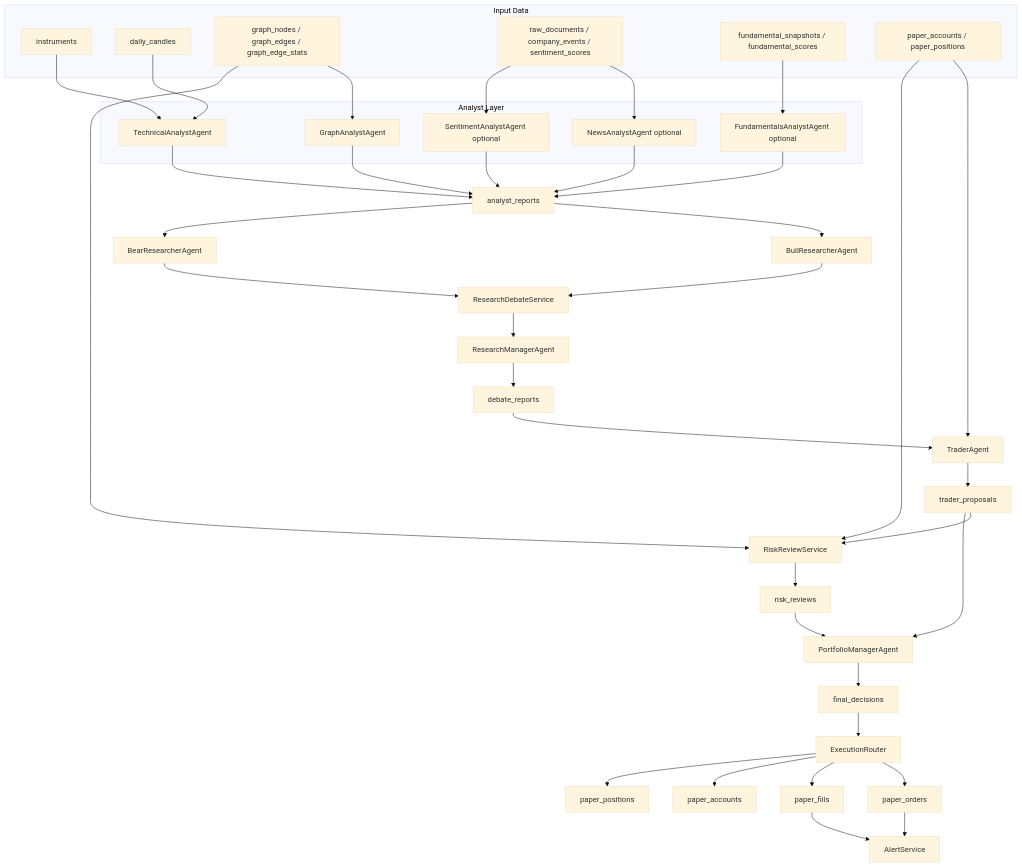
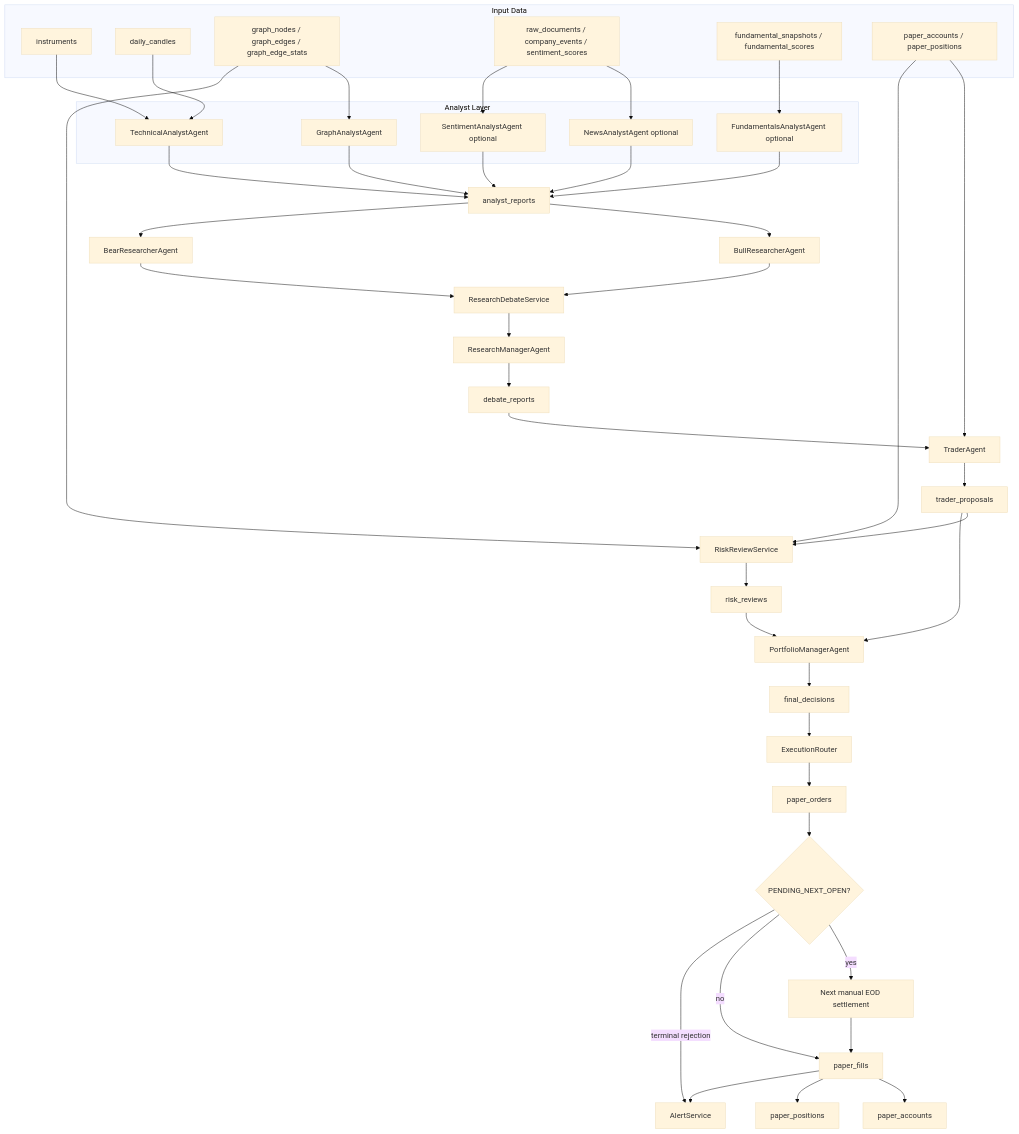
The second of 6 diagrams in docs/TAURUS_AGENT_ARCHITECTURE.md (adnaan1703/TaurusAgent), drawn with Mermaid (base theme) before and after one commit. The commit also changed other lines of this file and 20 other files, not shown here.

Commit message:
Add M49 next-open operator polish

````diff
--- a/docs/TAURUS_AGENT_ARCHITECTURE.md
+++ b/docs/TAURUS_AGENT_ARCHITECTURE.md
@@ -62,61 +63,64 @@
 ```mermaid
 flowchart TD
     subgraph Inputs[Input Data]
         Instruments[instruments]
         Candles[daily_candles]
         GraphTables[graph_nodes / graph_edges / graph_edge_stats]
         Docs[raw_documents / company_events / sentiment_scores]
         Fundamentals[fundamental_snapshots / fundamental_scores]
         PortfolioState[paper_accounts / paper_positions]
     end
 
     subgraph Analysts[Analyst Layer]
         Tech[TechnicalAnalystAgent]
         Graph[GraphAnalystAgent]
         News[NewsAnalystAgent optional]
         Sentiment[SentimentAnalystAgent optional]
         Fundamental[FundamentalsAnalystAgent optional]
     end
 
     Instruments --> Tech
     Candles --> Tech
     GraphTables --> Graph
     Docs --> News
     Docs --> Sentiment
     Fundamentals --> Fundamental
 
     Tech --> AnalystReports[analyst_reports]
     Graph --> AnalystReports
     News --> AnalystReports
     Sentiment --> AnalystReports
     Fundamental --> AnalystReports
 
     AnalystReports --> Bull[BullResearcherAgent]
     AnalystReports --> Bear[BearResearcherAgent]
     Bull --> Debate[ResearchDebateService]
     Bear --> Debate
     Debate --> Manager[ResearchManagerAgent]
     Manager --> DebateReports[debate_reports]
 
     DebateReports --> Trader[TraderAgent]
     PortfolioState --> Trader
     Trader --> TraderProposals[trader_proposals]
 
     TraderProposals --> Risk[RiskReviewService]
     PortfolioState --> Risk
     GraphTables --> Risk
     Risk --> RiskReviews[risk_reviews]
 
     RiskReviews --> PM[PortfolioManagerAgent]
     TraderProposals --> PM
     PM --> FinalDecisions[final_decisions]
 
     FinalDecisions --> Router[ExecutionRouter]
     Router --> Orders[paper_orders]
-    Router --> Fills[paper_fills]
-    Router --> Accounts[paper_accounts]
-    Router --> Positions[paper_positions]
+    Orders --> Pending{PENDING_NEXT_OPEN?}
+    Pending -- yes --> NextRun[Next manual EOD settlement]
+    Pending -- no --> Fills[paper_fills]
+    NextRun --> Fills
+    Fills --> Accounts[paper_accounts]
+    Fills --> Positions[paper_positions]
 
-    Orders --> Alerts[AlertService]
+    Pending -- terminal rejection --> Alerts[AlertService]
     Fills --> Alerts
 ```
````
